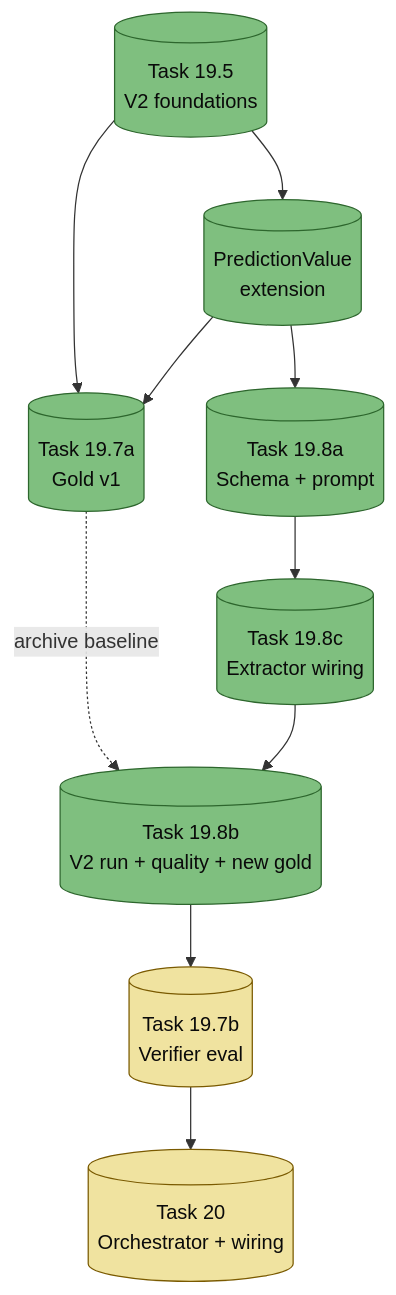
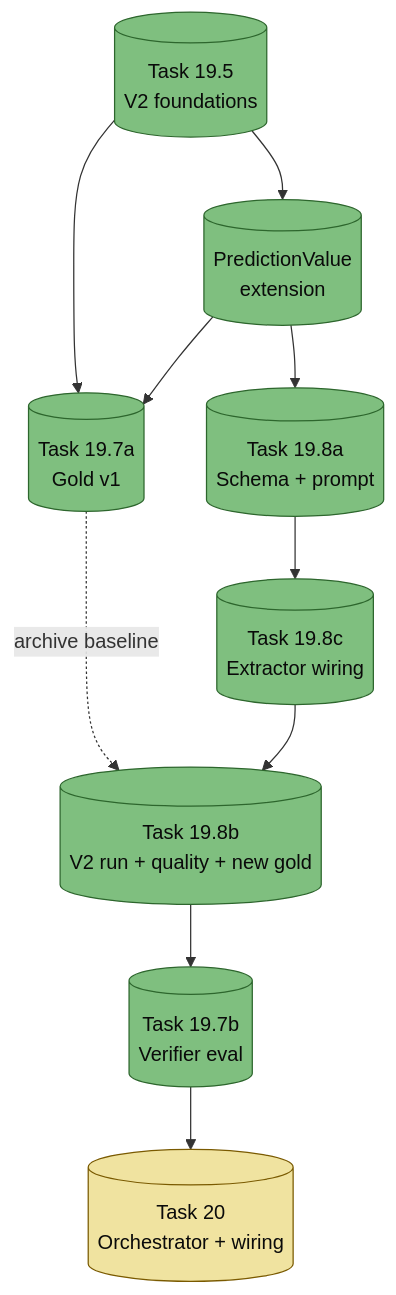
The diagram in docs/verification-track/README.md (evgeniy44/prediction-tracker), drawn with Mermaid before and after one commit. The commit also changed other lines of this file, not shown here.

````diff
--- a/docs/verification-track/README.md
+++ b/docs/verification-track/README.md
@@ -24,25 +24,25 @@
 ```mermaid
 flowchart TD
     T195[("Task 19.5<br/>V2 foundations")]:::done
     PV[("PredictionValue<br/>extension")]:::done
     T197A[("Task 19.7a<br/>Gold v1")]:::done
     T198A[("Task 19.8a<br/>Schema + prompt")]:::done
     T198C[("Task 19.8c<br/>Extractor wiring")]:::done
     T198B[("Task 19.8b<br/>V2 run + quality + new gold")]:::done
-    T197B[("Task 19.7b<br/>Verifier eval")]:::pending
+    T197B[("Task 19.7b<br/>Verifier eval")]:::done
     T20[("Task 20<br/>Orchestrator + wiring")]:::pending
 
     T195 --> PV
     T195 --> T197A
     PV --> T197A
     T197A -.archive baseline.-> T198B
     T198A --> T198C
     T198C --> T198B
     PV --> T198A
     T198B --> T197B
     T197B --> T20
 
     classDef done fill:#7fbf7f,stroke:#2d662d,color:#0a0a0a
     classDef specReady fill:#c4d8e8,stroke:#2c5777,color:#0a0a0a
     classDef pending fill:#f0e3a0,stroke:#7a5a00,color:#0a0a0a
 ```
````
